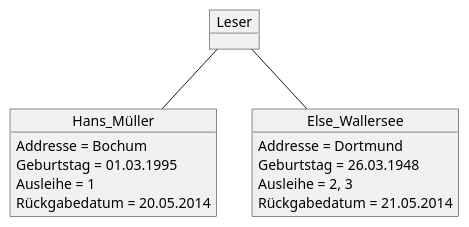
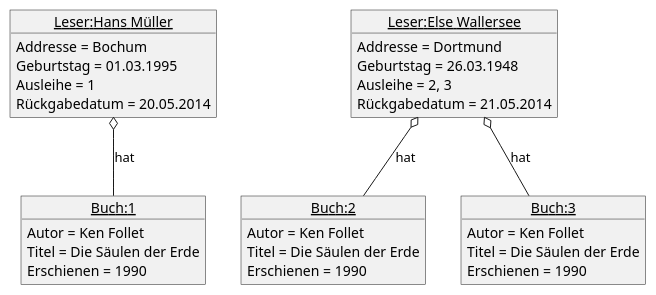
The diagram in uebung/1/a2.plantuml (K1ntsugi/SoftwareEngineering_2_Vinf5), drawn with PlantUML before and after one commit. The commit also changed other lines of this file and 1 other file, not shown here.

```diff
--- a/uebung/1/a2.plantuml
+++ b/uebung/1/a2.plantuml
@@ -1,18 +1,38 @@
 @startuml Wiederholung Objektdiagramme
-object Leser
-object Hans_Müller
-Hans_Müller : Addresse = Bochum
-Hans_Müller : Geburtstag = 01.03.1995
-Hans_Müller : Ausleihe = 1
-Hans_Müller : Rückgabedatum = 20.05.2014
+object "__Leser:Hans Müller__" as HM{
+Addresse = Bochum
+Geburtstag = 01.03.1995
+Ausleihe = 1
+Rückgabedatum = 20.05.2014
+}
 
-object Else_Wallersee
-Else_Wallersee : Addresse = Dortmund
-Else_Wallersee : Geburtstag = 26.03.1948
-Else_Wallersee : Ausleihe = 2, 3
-Else_Wallersee : Rückgabedatum = 21.05.2014
+object "__Leser:Else Wallersee__" as EW{
+Addresse = Dortmund
+Geburtstag = 26.03.1948
+Ausleihe = 2, 3
+Rückgabedatum = 21.05.2014
+}
 
-Leser -- Hans_Müller
-Leser -- Else_Wallersee
+object "__Buch:1__" as 1{
+Autor = Ken Follet
+Titel = Die Säulen der Erde 
+Erschienen = 1990
+}
+
+object "__Buch:2__" as 2{
+Autor = Ken Follet
+Titel = Die Säulen der Erde 
+Erschienen = 1990
+}
+
+object "__Buch:3__" as 3{
+Autor = Ken Follet
+Titel = Die Säulen der Erde 
+Erschienen = 1990
+}
+
+HM o-- 1 : hat
+EW o-- 2 : hat
+EW o-- 3 : hat
 
 @enduml
```
